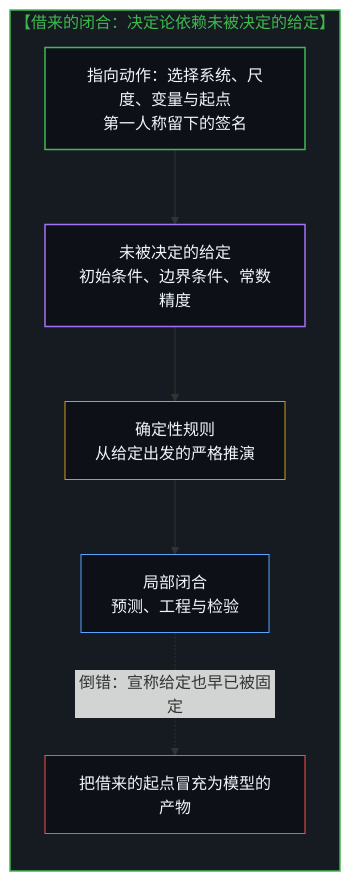
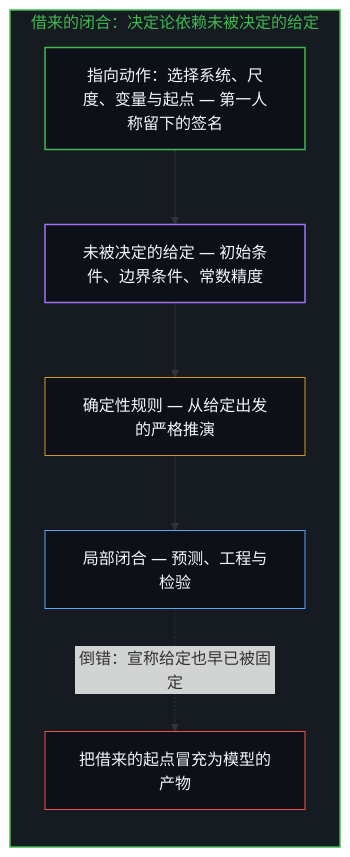
One commit to powerpig99/not-a-toe changed the ninth of 10 diagrams in content/posts/fixed-by-nothing.md. Above: the diagram before and after it, drawn with Mermaid. The commit also changed other lines of this file and 3 other files, not shown here.

````diff
--- a/content/posts/fixed-by-nothing.md
+++ b/content/posts/fixed-by-nothing.md
@@ -225,16 +225,16 @@
 ```mermaid
-graph TD
-    subgraph S_BorrowedClosure ["【借来的闭合：决定论依赖未被决定的给定】"]
+flowchart TD
+    subgraph S_BorrowedClosure ["借来的闭合：决定论依赖未被决定的给定"]
         direction TB
-        G1["指向动作：选择系统、尺度、变量与起点<br/>第一人称留下的签名"] --> G2["未被决定的给定<br/>初始条件、边界条件、常数精度"]
-        G2 --> G3["确定性规则<br/>从给定出发的严格推演"]
-        G3 --> G4["局部闭合<br/>预测、工程与检验"]
+        G1["指向动作：选择系统、尺度、变量与起点 — 第一人称留下的签名"] --> G2["未被决定的给定 — 初始条件、边界条件、常数精度"]
+        G2 --> G3["确定性规则 — 从给定出发的严格推演"]
+        G3 --> G4["局部闭合 — 预测、工程与检验"]
         G4 -. "倒错：宣称给定也早已被固定" .-> G5["把借来的起点冒充为模型的产物"]
     end
     style S_BorrowedClosure fill:#161b22,stroke:#3fb950,stroke-width:1.5px,color:#3fb950
     style G1 fill:#0d1117,stroke:#3fb950,stroke-width:1.5px,color:#f0f6fc
     style G2 fill:#0d1117,stroke:#a371f7,stroke-width:1.5px,color:#f0f6fc
     style G3 fill:#0d1117,stroke:#d29922,stroke-width:1px,color:#f0f6fc
     style G4 fill:#0d1117,stroke:#58a6ff,stroke-width:1px,color:#f0f6fc
     style G5 fill:#0d1117,stroke:#f85149,stroke-width:1px,color:#f0f6fc
 ```
````
